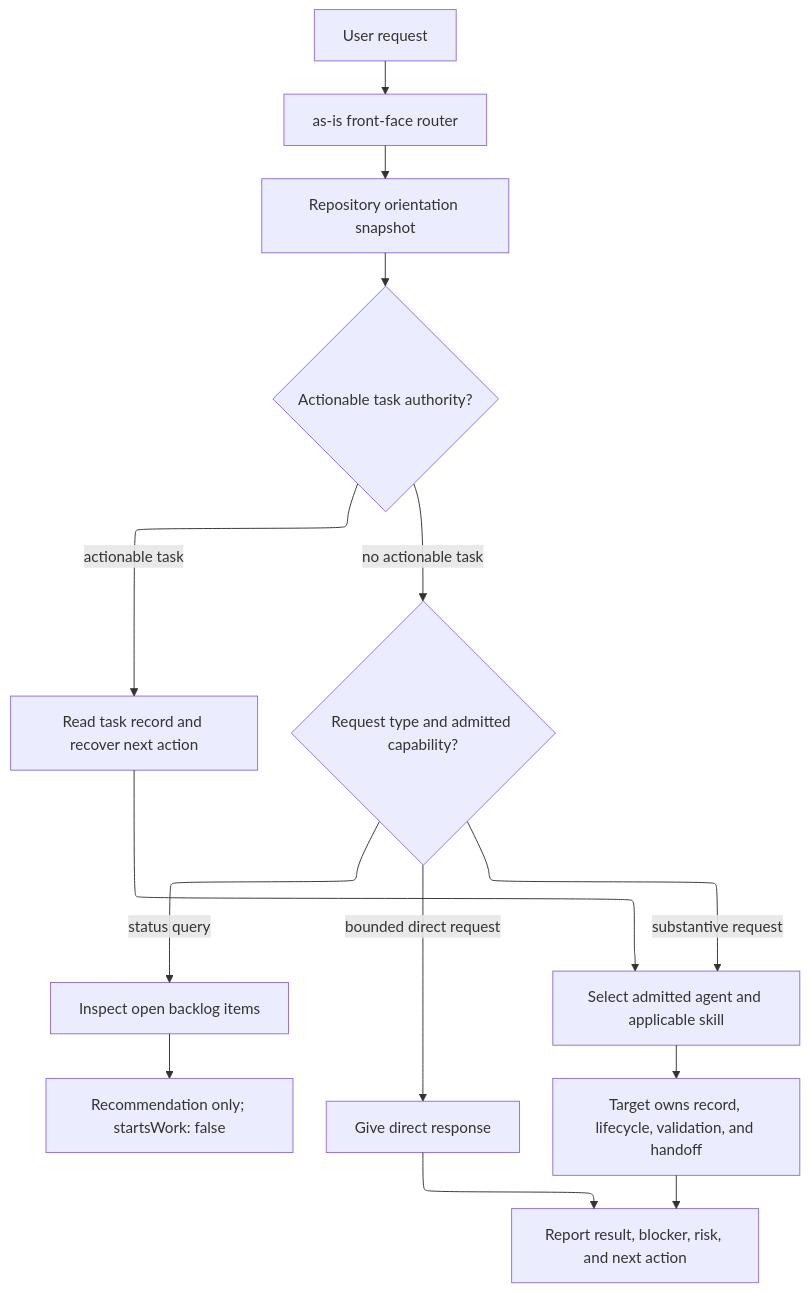
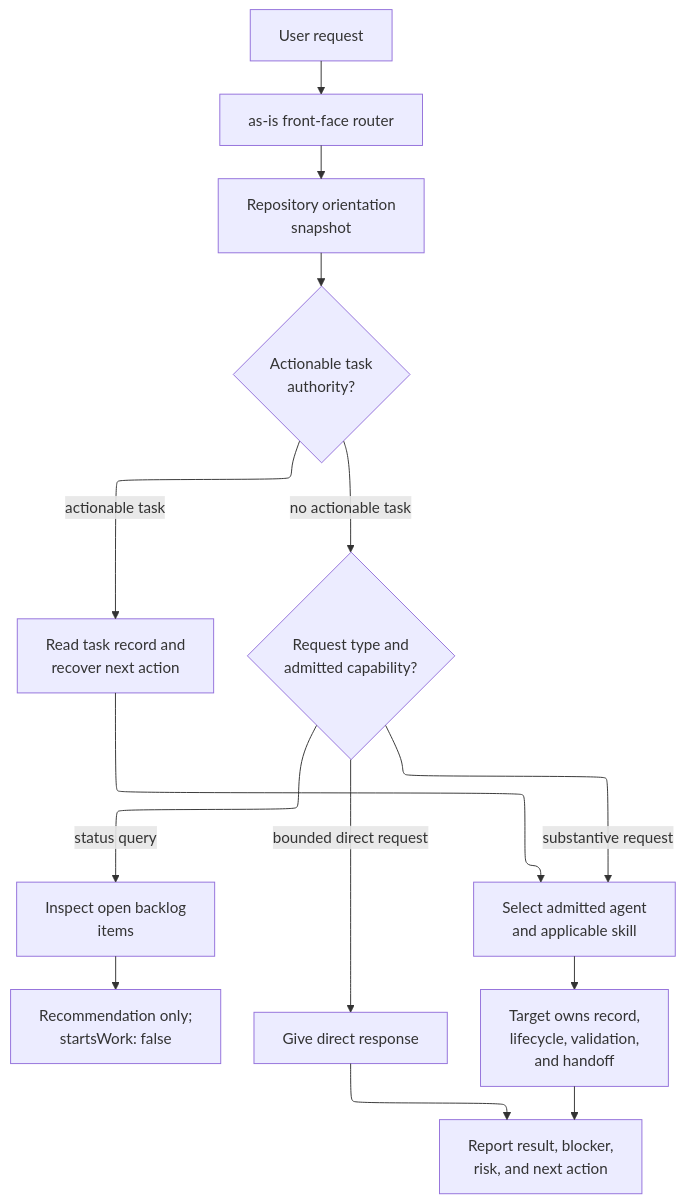
Before and after one commit to abstract-business-systems/as-is: the second of 2 diagrams in agents/as-is/as-is.md, drawn with Mermaid. The commit also changed other lines of this file and 47 other files, not shown here.

Commit message:
docs(diagrams): improve Mermaid readability validation

````diff
--- a/agents/as-is/as-is.md
+++ b/agents/as-is/as-is.md
@@ -35,20 +35,20 @@
 ```mermaid
 ---
 config:
   layout: elk
 ---
 flowchart TB
     Request["User request"] --> Router["as-is front-face router"]
-    Router --> Snapshot["Repository orientation snapshot"]
-    Snapshot --> Authority{"Actionable task authority?"}
-    Authority -->|actionable task| Recovery["Read task record and recover next action"]
-    Authority -->|no actionable task| Kind{"Request type and admitted capability?"}
-    Kind -->|status query| Backlog["Inspect open backlog items"]
-    Backlog --> Recommendation["Recommendation only; startsWork: false"]
+    Router --> Snapshot["Repository orientation<br/>snapshot"]
+    Snapshot --> Authority{"Actionable task<br/>authority?"}
+    Authority -->|actionable task| Recovery["Read task record and<br/>recover next action"]
+    Authority -->|no actionable task| Kind{"Request type and<br/>admitted capability?"}
+    Kind -->|status query| Backlog["Inspect open backlog<br/>items"]
+    Backlog --> Recommendation["Recommendation only;<br/>startsWork: false"]
     Kind -->|bounded direct request| Direct["Give direct response"]
-    Kind -->|substantive request| Target["Select admitted agent and applicable skill"]
+    Kind -->|substantive request| Target["Select admitted agent<br/>and applicable skill"]
     Recovery --> Target
-    Target --> Contract["Target owns record, lifecycle, validation, and handoff"]
-    Contract --> Report["Report result, blocker, risk, and next action"]
+    Target --> Contract["Target owns record,<br/>lifecycle, validation,<br/>and handoff"]
+    Contract --> Report["Report result, blocker,<br/>risk, and next action"]
     Direct --> Report
 ```
````
